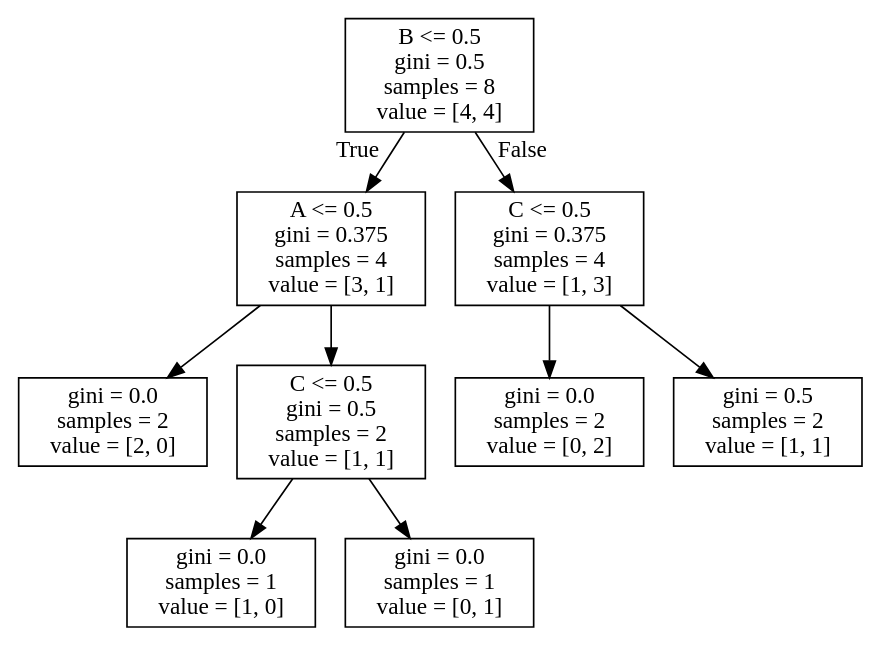
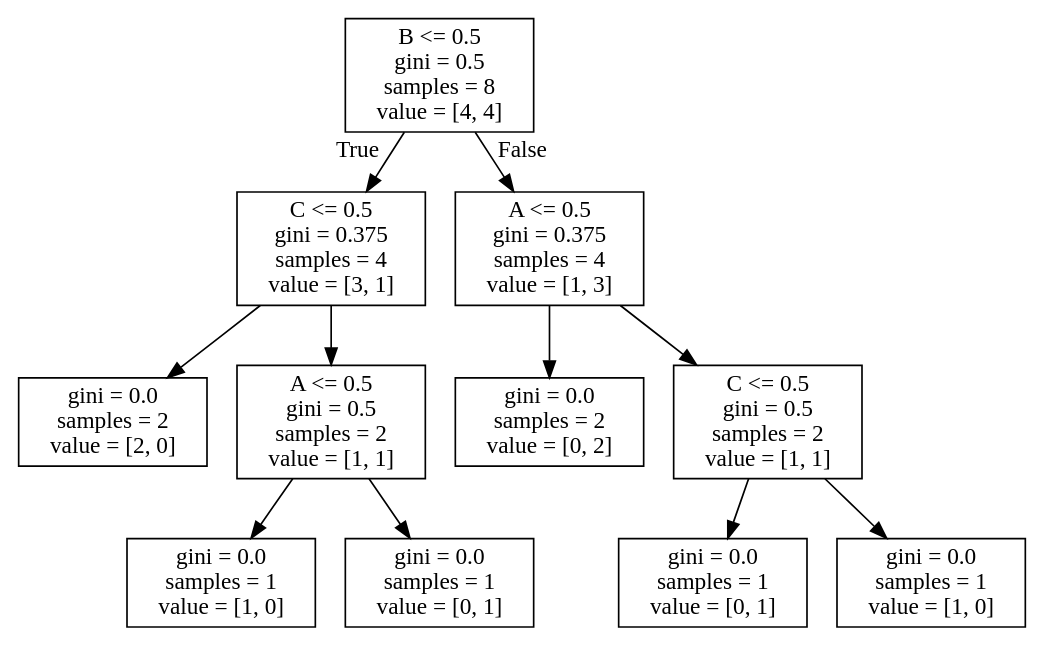
The diagram in tree_representation.dot (balki7/DecisionTreeSample-Assigment1-3), drawn with Graphviz before and after one commit. The commit also changed 1 other file, not shown here.

```diff
--- a/tree_representation.dot
+++ b/tree_representation.dot
@@ -1,20 +1,24 @@
 digraph Tree {
 node [shape=box] ;
 0 [label="B <= 0.5\ngini = 0.5\nsamples = 8\nvalue = [4, 4]"] ;
-1 [label="A <= 0.5\ngini = 0.375\nsamples = 4\nvalue = [3, 1]"] ;
+1 [label="C <= 0.5\ngini = 0.375\nsamples = 4\nvalue = [3, 1]"] ;
 0 -> 1 [labeldistance=2.5, labelangle=45, headlabel="True"] ;
-3 [label="gini = 0.0\nsamples = 2\nvalue = [2, 0]"] ;
+2 [label="gini = 0.0\nsamples = 2\nvalue = [2, 0]"] ;
+1 -> 2 ;
+3 [label="A <= 0.5\ngini = 0.5\nsamples = 2\nvalue = [1, 1]"] ;
 1 -> 3 ;
-4 [label="C <= 0.5\ngini = 0.5\nsamples = 2\nvalue = [1, 1]"] ;
-1 -> 4 ;
-5 [label="gini = 0.0\nsamples = 1\nvalue = [1, 0]"] ;
-4 -> 5 ;
-6 [label="gini = 0.0\nsamples = 1\nvalue = [0, 1]"] ;
-4 -> 6 ;
-2 [label="C <= 0.5\ngini = 0.375\nsamples = 4\nvalue = [1, 3]"] ;
-0 -> 2 [labeldistance=2.5, labelangle=-45, headlabel="False"] ;
+4 [label="gini = 0.0\nsamples = 1\nvalue = [1, 0]"] ;
+3 -> 4 ;
+5 [label="gini = 0.0\nsamples = 1\nvalue = [0, 1]"] ;
+3 -> 5 ;
+6 [label="A <= 0.5\ngini = 0.375\nsamples = 4\nvalue = [1, 3]"] ;
+0 -> 6 [labeldistance=2.5, labelangle=-45, headlabel="False"] ;
 7 [label="gini = 0.0\nsamples = 2\nvalue = [0, 2]"] ;
-2 -> 7 ;
-8 [label="gini = 0.5\nsamples = 2\nvalue = [1, 1]"] ;
-2 -> 8 ;
+6 -> 7 ;
+8 [label="C <= 0.5\ngini = 0.5\nsamples = 2\nvalue = [1, 1]"] ;
+6 -> 8 ;
+9 [label="gini = 0.0\nsamples = 1\nvalue = [0, 1]"] ;
+8 -> 9 ;
+10 [label="gini = 0.0\nsamples = 1\nvalue = [1, 0]"] ;
+8 -> 10 ;
 }
```
